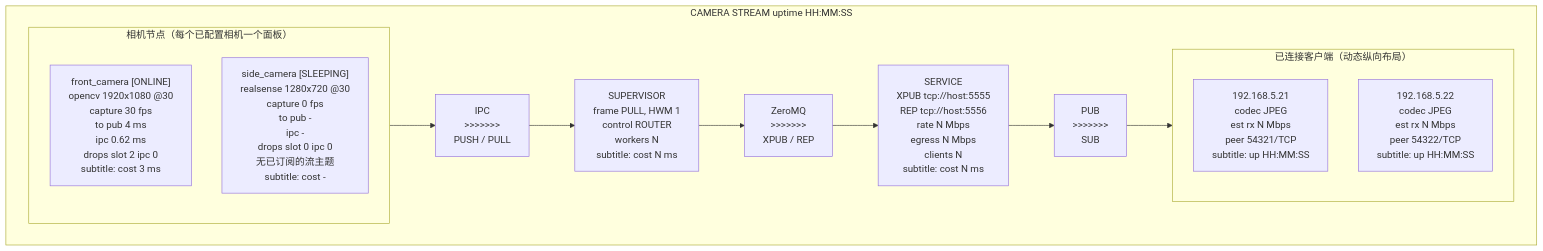
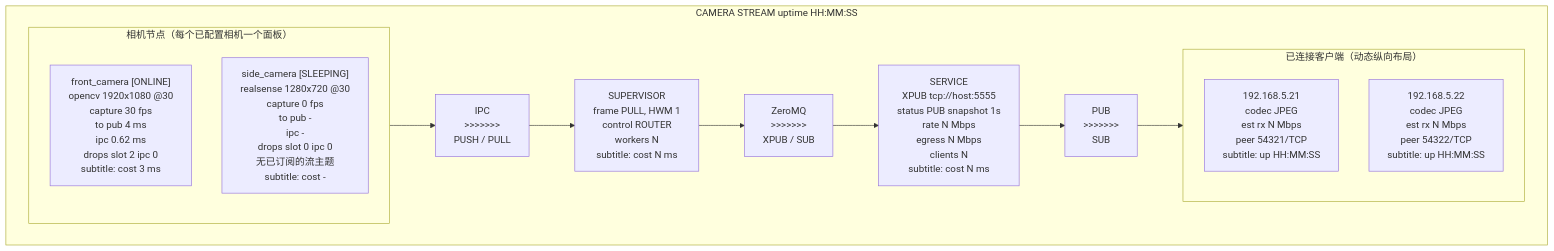
Before and after one commit to sorelferris/camera-stream: the second of 2 diagrams in README.zh.md, drawn with Mermaid. The commit also changed other lines of this file and 18 other files, not shown here.

First line of the commit message:
Refactor camera-stream-client to remove status_rep endpoint

````diff
--- a/README.zh.md
+++ b/README.zh.md
@@ -293,26 +303,26 @@
 ```mermaid
 flowchart LR
     subgraph Screen["CAMERA STREAM                                      uptime HH:MM:SS"]
         direction LR
 
         subgraph Cameras["相机节点（每个已配置相机一个面板）"]
             direction TB
             Cam1["front_camera [ONLINE]<br/>opencv 1920x1080 @30<br/>capture 30 fps<br/>to pub 4 ms<br/>ipc 0.62 ms<br/>drops slot 2 ipc 0<br/>subtitle: cost 3 ms"]
             Cam2["side_camera [SLEEPING]<br/>realsense 1280x720 @30<br/>capture 0 fps<br/>to pub -<br/>ipc -<br/>drops slot 0 ipc 0<br/>无已订阅的流主题<br/>subtitle: cost -"]
         end
 
         Ipc["IPC<br/>>>>>>>><br/>PUSH / PULL"]
         Supervisor["SUPERVISOR<br/>frame PULL, HWM 1<br/>control ROUTER<br/>workers N<br/>subtitle: cost N ms"]
-        Zmq["ZeroMQ<br/>>>>>>>><br/>XPUB / REP"]
-        Service["SERVICE<br/>XPUB tcp://host:5555<br/>REP tcp://host:5556<br/>rate N Mbps<br/>egress N Mbps<br/>clients N<br/>subtitle: cost N ms"]
+        Zmq["ZeroMQ<br/>>>>>>>><br/>XPUB / SUB"]
+        Service["SERVICE<br/>XPUB tcp://host:5555<br/>status PUB snapshot 1s<br/>rate N Mbps<br/>egress N Mbps<br/>clients N<br/>subtitle: cost N ms"]
         Pub["PUB<br/>>>>>>>><br/>SUB"]
 
         subgraph Clients["已连接客户端（动态纵向布局）"]
             direction TB
             Client1["192.168.5.21<br/>codec JPEG<br/>est rx N Mbps<br/>peer 54321/TCP<br/>subtitle: up HH:MM:SS"]
             Client2["192.168.5.22<br/>codec JPEG<br/>est rx N Mbps<br/>peer 54322/TCP<br/>subtitle: up HH:MM:SS"]
         end
 
         Cameras --> Ipc --> Supervisor --> Zmq --> Service --> Pub --> Clients
     end
 ```
````
